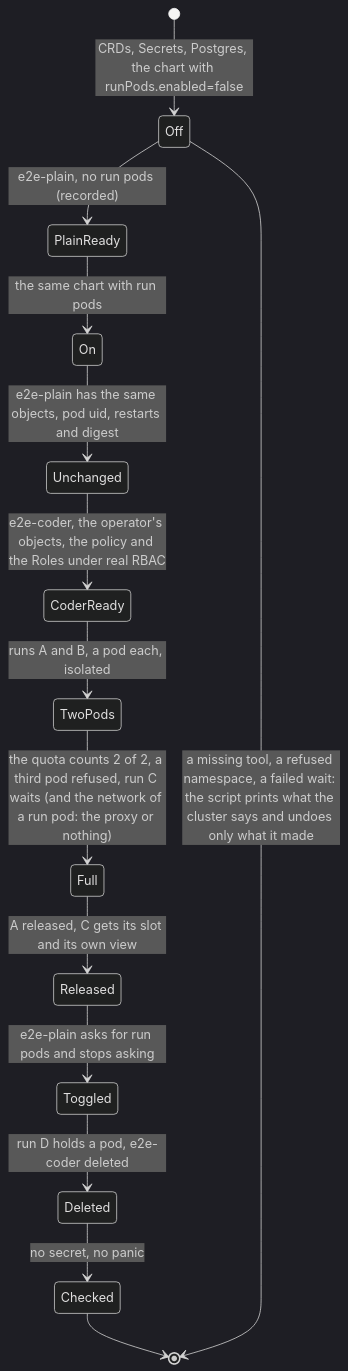
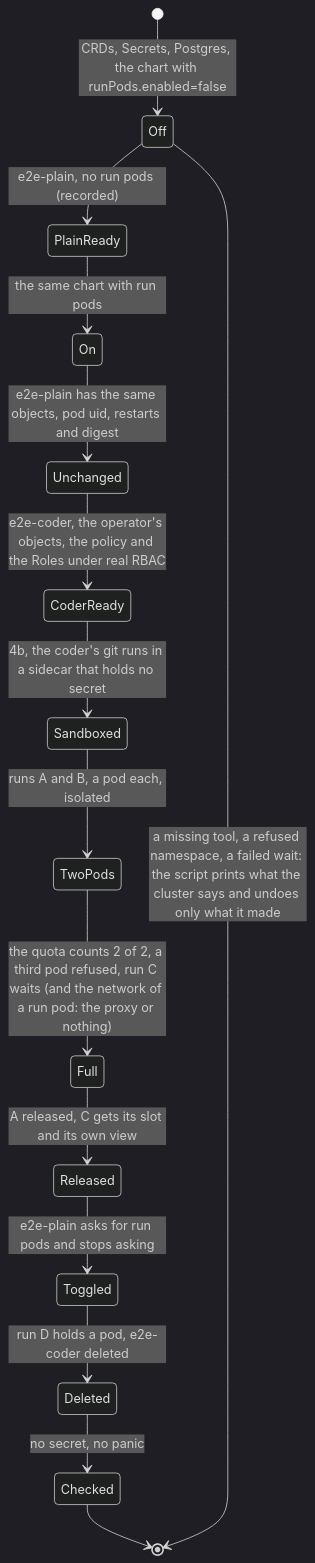
One commit to vymalo/another-agentic-platform changed the eighth of 8 diagrams in deploy/operator/tests/e2e/README.md. Above: the diagram before and after it, drawn with Mermaid (dark theme). The commit also changed other lines of this file and 49 other files, not shown here.

First line of the commit message:
feat(operator): the coder's git runs in a sidecar that holds no secret (D15d) (#43)

````diff
--- a/deploy/operator/tests/e2e/README.md
+++ b/deploy/operator/tests/e2e/README.md
@@ -433,16 +434,17 @@
 ```mermaid
 stateDiagram-v2
     [*] --> Off: CRDs, Secrets, Postgres, the chart with runPods.enabled=false
     Off --> PlainReady: e2e-plain, no run pods (recorded)
     PlainReady --> On: the same chart with run pods
     On --> Unchanged: e2e-plain has the same objects, pod uid, restarts and digest
     Unchanged --> CoderReady: e2e-coder, the operator's objects, the policy and the Roles under real RBAC
-    CoderReady --> TwoPods: runs A and B, a pod each, isolated
+    CoderReady --> Sandboxed: 4b, the coder's git runs in a sidecar that holds no secret
+    Sandboxed --> TwoPods: runs A and B, a pod each, isolated
     TwoPods --> Full: the quota counts 2 of 2, a third pod refused, run C waits (and the network of a run pod: the proxy or nothing)
     Full --> Released: A released, C gets its slot and its own view
     Released --> Toggled: e2e-plain asks for run pods and stops asking
     Toggled --> Deleted: run D holds a pod, e2e-coder deleted
     Deleted --> Checked: no secret, no panic
     Checked --> [*]
     Off --> [*]: a missing tool, a refused namespace, a failed wait: the script prints what the cluster says and undoes only what it made
 ```
````
